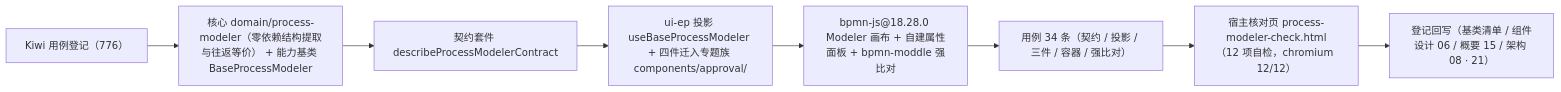
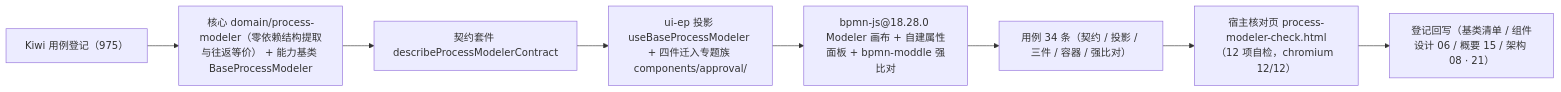
The diagram in bms文档/项目/04_前端组件库/任务/08_交互类/08_交互类_08_审批流展示与流程建模器/08_交互类_08_审批流展示与流程建模器_02_流程建模器/实施/01_实施_02_流程建模器.md (minjian123/basic-management-system), drawn with Mermaid before and after one commit. The commit also changed other lines of this file and 20 other files, not shown here.

````diff
--- a/bms文档/项目/04_前端组件库/任务/08_交互类/08_交互类_08_审批流展示与流程建模器/08_交互类_08_审批流展示与流程建模器_02_流程建模器/实施/01_实施_02_流程建模器.md
+++ b/bms文档/项目/04_前端组件库/任务/08_交互类/08_交互类_08_审批流展示与流程建模器/08_交互类_08_审批流展示与流程建模器_02_流程建模器/实施/01_实施_02_流程建模器.md
@@ -22,10 +22,10 @@
 ```mermaid
 flowchart LR
-    A["Kiwi 用例登记（776）"] --> B["核心 domain/process-modeler（零依赖结构提取与往返等价） + 能力基类 BaseProcessModeler"]
+    A["Kiwi 用例登记（975）"] --> B["核心 domain/process-modeler（零依赖结构提取与往返等价） + 能力基类 BaseProcessModeler"]
     B --> C["契约套件 describeProcessModelerContract"]
     C --> D["ui-ep 投影 useBaseProcessModeler + 四件迁入专题族 components/approval/"]
     D --> E["bpmn-js@18.28.0 Modeler 画布 + 自建属性面板 + bpmn-moddle 强比对"]
     E --> F["用例 34 条（契约 / 投影 / 三件 / 容器 / 强比对）"]
     F --> G["宿主核对页 process-modeler-check.html（12 项自检，chromium 12/12）"]
     G --> H["登记回写（基类清单 / 组件设计 06 / 概要 15 / 架构 08 · 21）"]
 ```
````
